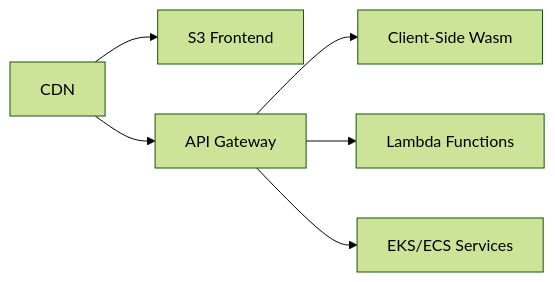
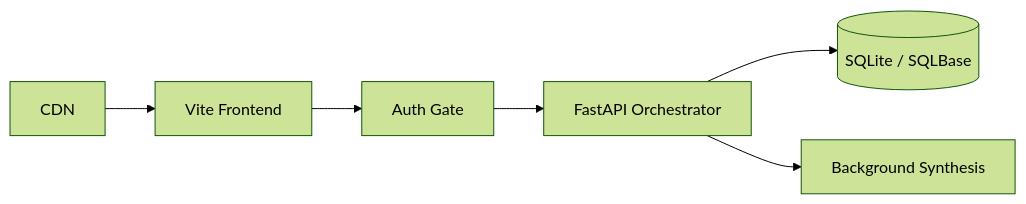
One commit to dheena017/Template--5 changed the diagram in README.md. Above: the diagram before and after it, drawn with Mermaid (forest theme). The commit also changed other lines of this file, not shown here.

````diff
--- a/README.md
+++ b/README.md
@@ -23,8 +19,8 @@
 ```mermaid
 graph LR
-    CDN[CDN] --> Frontend[S3 Frontend]
-    CDN --> Gateway[API Gateway]
-    Gateway --> Clientside[Client-Side Wasm]
-    Gateway --> Serverless[Lambda Functions]
-    Gateway --> Microservices[EKS/ECS Services]
+    CDN[CDN] --> Frontend[Vite Frontend]
+    Frontend --> Auth[Auth Gate]
+    Auth --> API[FastAPI Orchestrator]
+    API --> DB[(SQLite / SQLBase)]
+    API --> Background[Background Synthesis]
 ```
````
